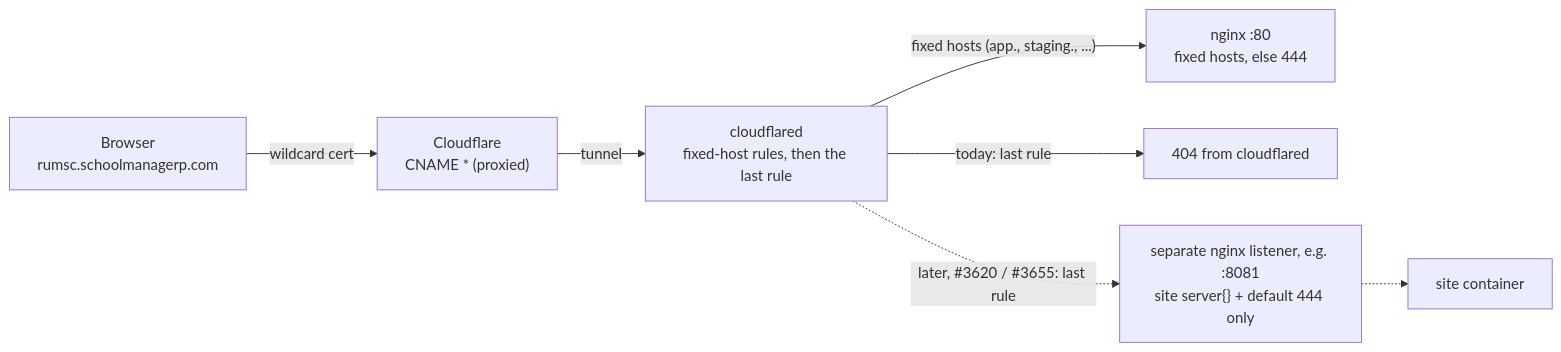
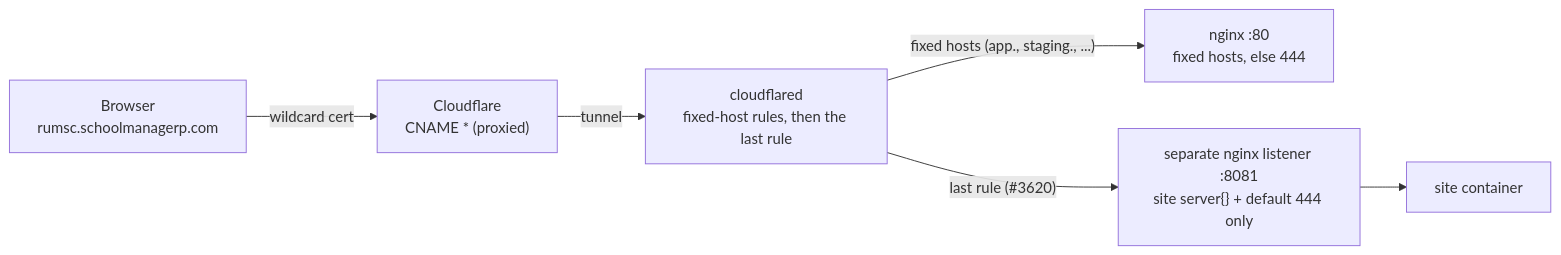
Diagram 15 of 15 in docs/architecture/28-platform-runbook.md (LBCron/biddaloy), drawn with Mermaid before and after one commit. The commit also changed other lines of this file and 21 other files, not shown here.

First line of the commit message:
feat(infra): school-site nginx listener :8081, site service, biddaloy-site image (#3620)

````diff
--- a/docs/architecture/28-platform-runbook.md
+++ b/docs/architecture/28-platform-runbook.md
@@ -1995,9 +1996,8 @@
 ```mermaid
 flowchart LR
   B["Browser<br/>rumsc.schoolmanagerp.com"] -->|"wildcard cert"| CF["Cloudflare<br/>CNAME * (proxied)"]
   CF -->|tunnel| CD["cloudflared<br/>fixed-host rules, then the last rule"]
   CD -->|"fixed hosts (app., staging., ...)"| N80["nginx :80<br/>fixed hosts, else 444"]
-  CD -->|"today: last rule"| X["404 from cloudflared"]
-  CD -.->|"later, #3620 / #3655: last rule"| N81["separate nginx listener, e.g. :8081<br/>site server{} + default 444 only"]
-  N81 -.-> S["site container"]
+  CD -->|"last rule (#3620)"| N81["separate nginx listener :8081<br/>site server{} + default 444 only"]
+  N81 --> S["site container"]
 ```
````
